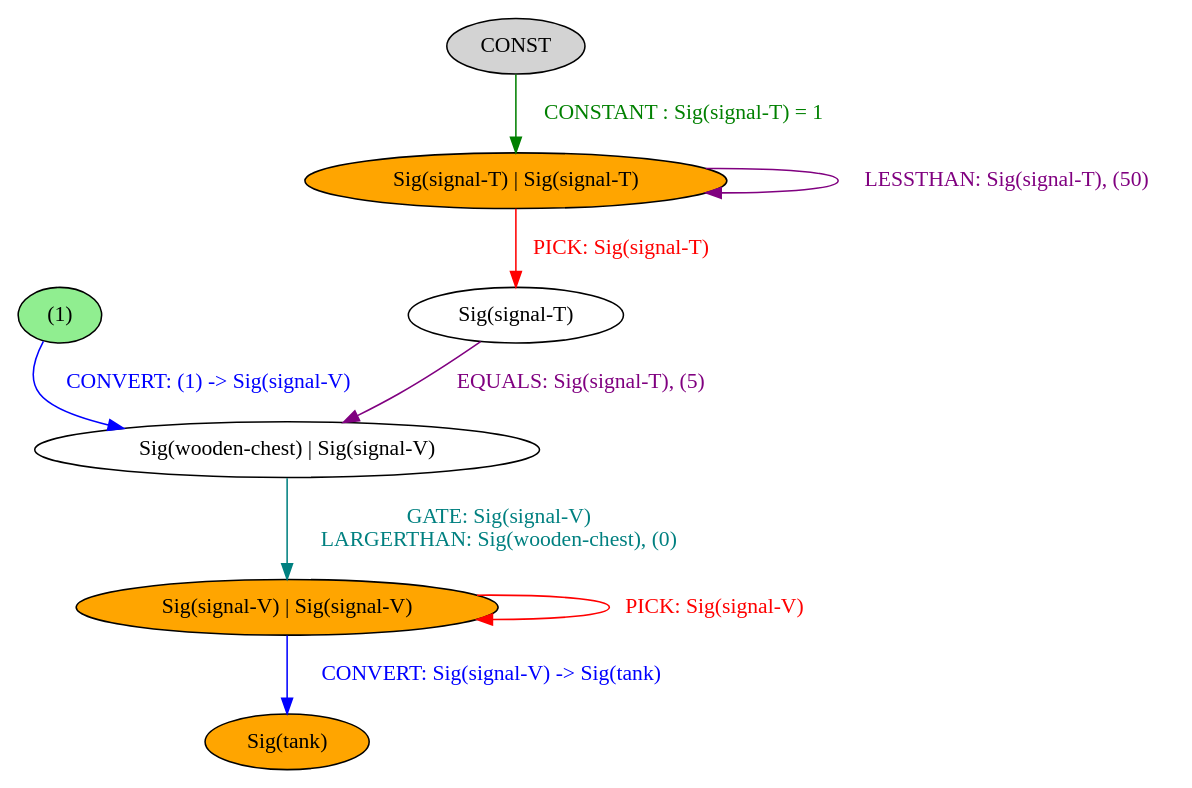
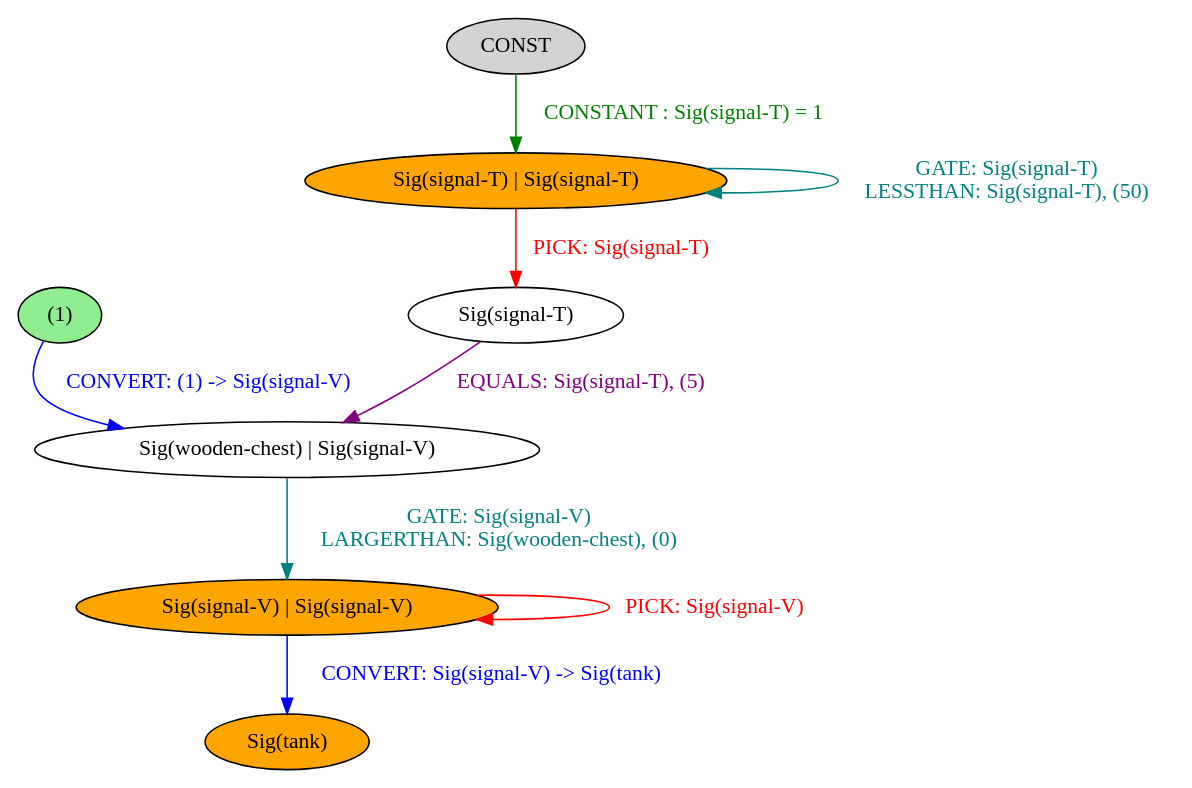
Before and after one commit to BalderHolst/chef: the diagram in chef/example_outputs/counter.dot, drawn with Graphviz. The commit also changed 1 other file, not shown here.

Commit message:
Counter condition should be a gate

```diff
--- a/chef/example_outputs/counter.dot
+++ b/chef/example_outputs/counter.dot
@@ -1,19 +1,20 @@
 strict digraph {
 	nodesep=1
 	5	[style=filled fillcolor=white label="Sig(signal-T)"]
 	7	[style=filled fillcolor=lightgreen label="(1)"]
 	1	[style=filled fillcolor=orange label="Sig(signal-T) | Sig(signal-T)"]
 	3	[style=filled fillcolor=orange label="Sig(signal-V) | Sig(signal-V)"]
 	2	[style=filled fillcolor=lightgray label="CONST"]
 	9	[style=filled fillcolor=orange label="Sig(tank)"]
 	8	[style=filled fillcolor=white label="Sig(wooden-chest) | Sig(signal-V)"]
 	5 -> 8	[label="EQUALS: Sig(signal-T), (5)" color=purple fontcolor=purple]
 	7 -> 8	[label="CONVERT: (1) -> Sig(signal-V)" color=blue fontcolor=blue]
-	1 -> 1	[label="LESSTHAN: Sig(signal-T), (50)" color=purple fontcolor=purple]
+	1 -> 1	[label="GATE: Sig(signal-T)
+LESSTHAN: Sig(signal-T), (50)" color=teal fontcolor=teal]
 	1 -> 5	[label="PICK: Sig(signal-T)" color=red fontcolor=red]
 	3 -> 3	[label="PICK: Sig(signal-V)" color=red fontcolor=red]
 	3 -> 9	[label="CONVERT: Sig(signal-V) -> Sig(tank)" color=blue fontcolor=blue]
 	2 -> 1	[label="CONSTANT : Sig(signal-T) = 1" color=green fontcolor=green]
 	8 -> 3	[label="GATE: Sig(signal-V)
 LARGERTHAN: Sig(wooden-chest), (0)" color=teal fontcolor=teal]
 }
```
